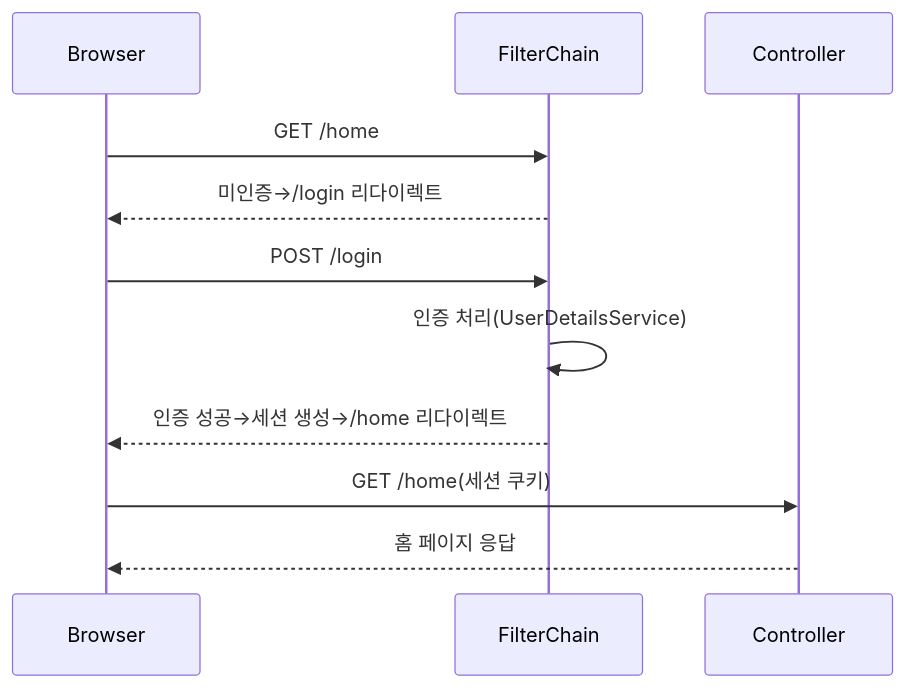
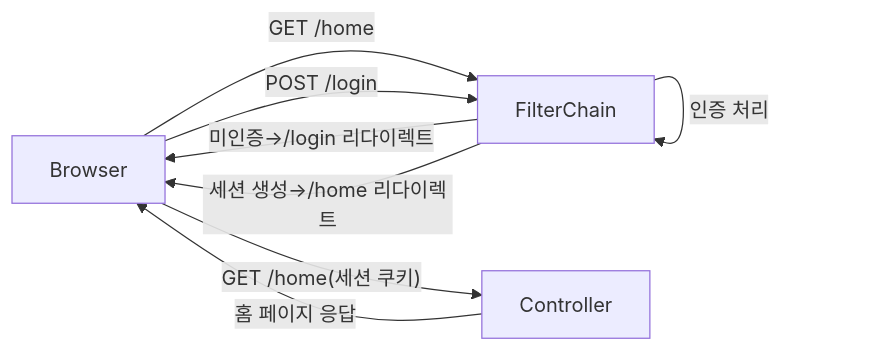
One commit to yjkim2015/yjkim2015.github.io changed the first of 2 diagrams in _posts/security/2021-01-07-spring-boot-security 프로젝트 생성.md. Above: the diagram before and after it, drawn with Mermaid. The commit also changed 32 other files, not shown here.

First line of the commit message:
sequenceDiagram 82개 → graph LR 변환 완료

````diff
--- a/_posts/security/2021-01-07-spring-boot-security 프로젝트 생성.md
+++ b/_posts/security/2021-01-07-spring-boot-security 프로젝트 생성.md
@@ -109,13 +109,10 @@
 ```mermaid
-sequenceDiagram
-    participant B as Browser
-    participant F as FilterChain
-    participant C as Controller
-    B->>F: GET /home
-    F-->>B: 미인증→/login 리다이렉트
-    B->>F: POST /login
-    F->>F: 인증 처리(UserDetailsService)
-    F-->>B: 인증 성공→세션 생성→/home 리다이렉트
-    B->>C: GET /home(세션 쿠키)
-    C-->>B: 홈 페이지 응답
+graph LR
+    B["Browser"] -->|"GET /home"| F["FilterChain"]
+    F -->|"미인증→/login 리다이렉트"| B
+    B -->|"POST /login"| F
+    F -->|"인증 처리"| F
+    F -->|"세션 생성→/home 리다이렉트"| B
+    B -->|"GET /home(세션 쿠키)"| C["Controller"]
+    C -->|"홈 페이지 응답"| B
 ```
````
